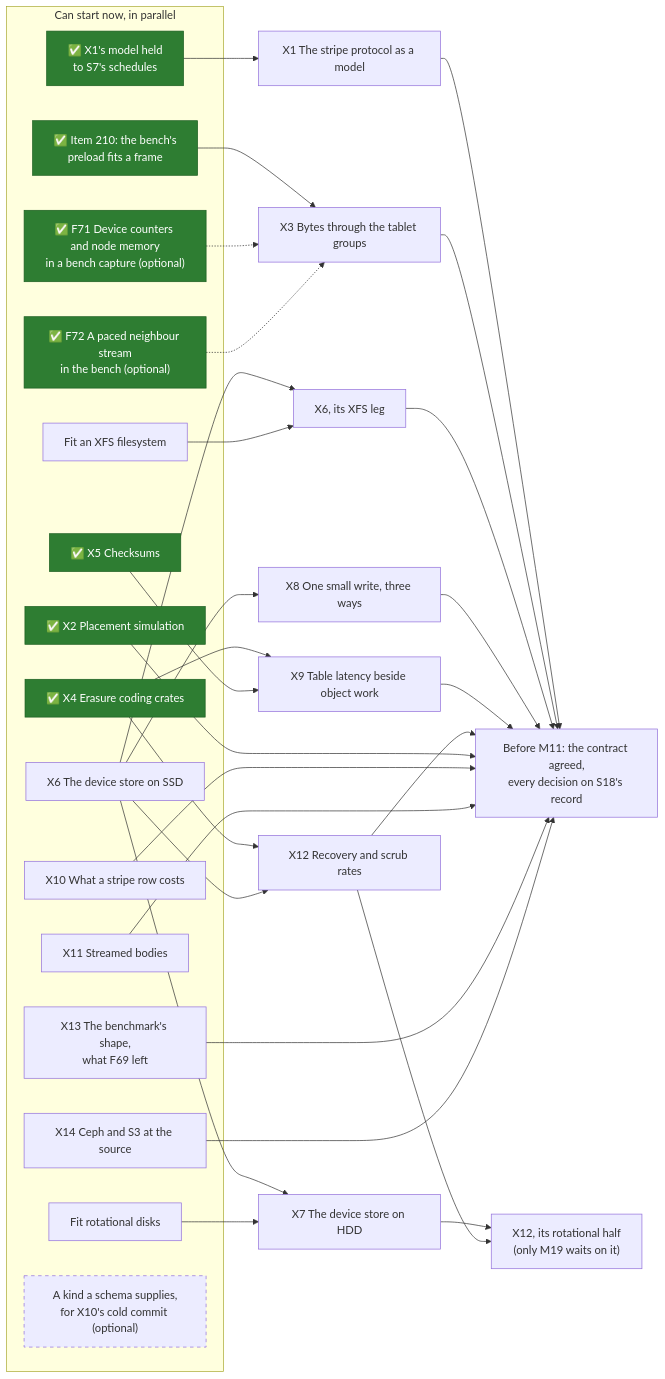
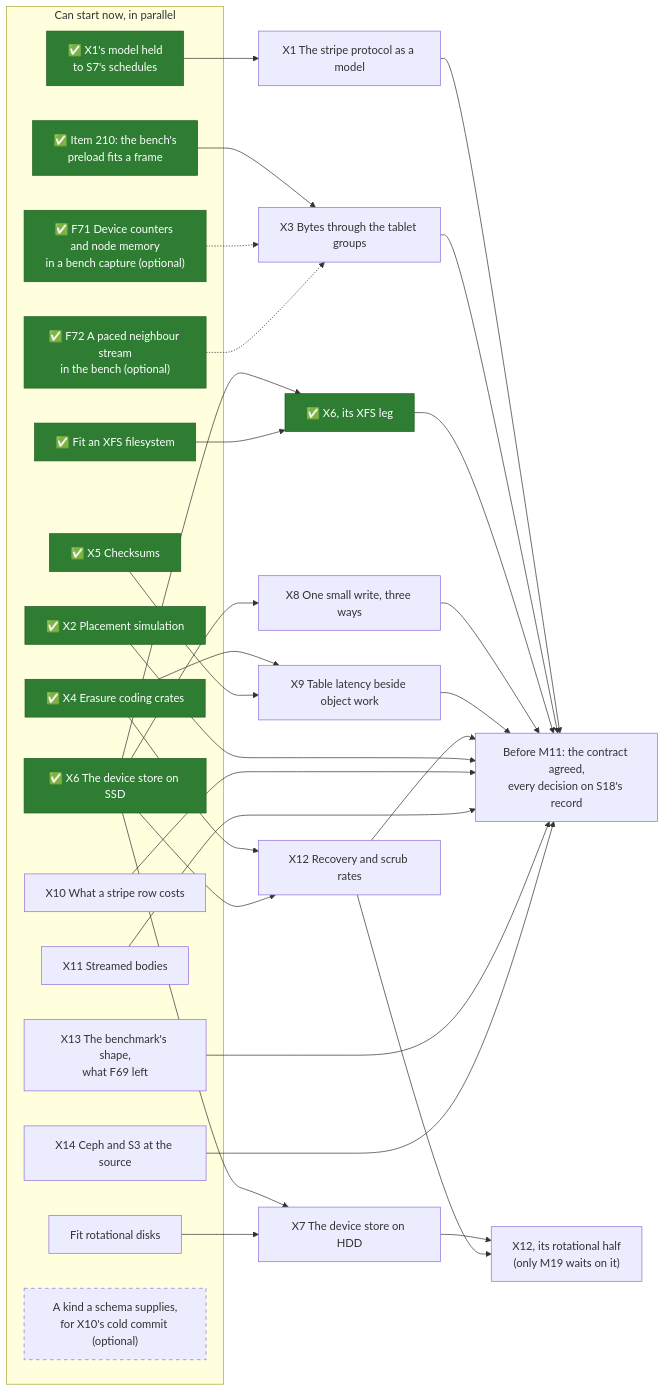
The first of 2 diagrams in docs/src/object-storage/whats-left-todo.md (mjcarson/shoal), drawn with Mermaid before and after one commit. The commit also changed other lines of this file and 104 other files, not shown here.

````diff
--- a/docs/src/object-storage/whats-left-todo.md
+++ b/docs/src/object-storage/whats-left-todo.md
@@ -25,57 +26,57 @@
 ```mermaid
 flowchart LR
     classDef done fill:#2e7d32,stroke:#1b5e20,color:#ffffff
     classDef optional stroke-dasharray: 5 5
     subgraph now["Can start now, in parallel"]
         R1["✅ X1's model held<br>to S7's schedules"]:::done
         R2["✅ Item 210: the bench's<br>preload fits a frame"]:::done
-        XFS["Fit an XFS filesystem"]
+        XFS["✅ Fit an XFS filesystem"]:::done
         Disks["Fit rotational disks"]
         X2["✅ X2 Placement simulation"]:::done
         X4["✅ X4 Erasure coding crates"]:::done
         X5["✅ X5 Checksums"]:::done
-        X6["X6 The device store on SSD"]
+        X6["✅ X6 The device store on SSD"]:::done
         X10["X10 What a stripe row costs"]
         X11["X11 Streamed bodies"]
         X13["X13 The benchmark's shape,<br>what F69 left"]
         X14["X14 Ceph and S3 at the source"]
         Counters["✅ F71 Device counters and node memory<br>in a bench capture (optional)"]:::done
         Neighbour["✅ F72 A paced neighbour stream<br>in the bench (optional)"]:::done
         Kinds["A kind a schema supplies,<br>for X10's cold commit (optional)"]:::optional
     end
     X1["X1 The stripe protocol as a model"]
     X3["X3 Bytes through the tablet groups"]
-    X6x["X6, its XFS leg"]
+    X6x["✅ X6, its XFS leg"]:::done
     X7["X7 The device store on HDD"]
     X8["X8 One small write, three ways"]
     X9["X9 Table latency beside object work"]
     X12["X12 Recovery and scrub rates"]
     X12r["X12, its rotational half<br>(only M19 waits on it)"]
     Gate["Before M11: the contract agreed,<br>every decision on S18's record"]
     R1 --> X1
     R2 --> X3
     X6 --> X6x
     XFS --> X6x
     X6 --> X7
     Disks --> X7
     X6 --> X8
     X4 --> X9
     X5 --> X9
     X4 --> X12
     X6 --> X12
     X7 --> X12r
     X12 --> X12r
     Counters -.-> X3
     Neighbour -.-> X3
     X1 --> Gate
     X3 --> Gate
     X6x --> Gate
     X8 --> Gate
     X9 --> Gate
     X12 --> Gate
     X2 ---> Gate
     X10 ---> Gate
     X11 ---> Gate
     X13 ---> Gate
     X14 ---> Gate
 ```
````
